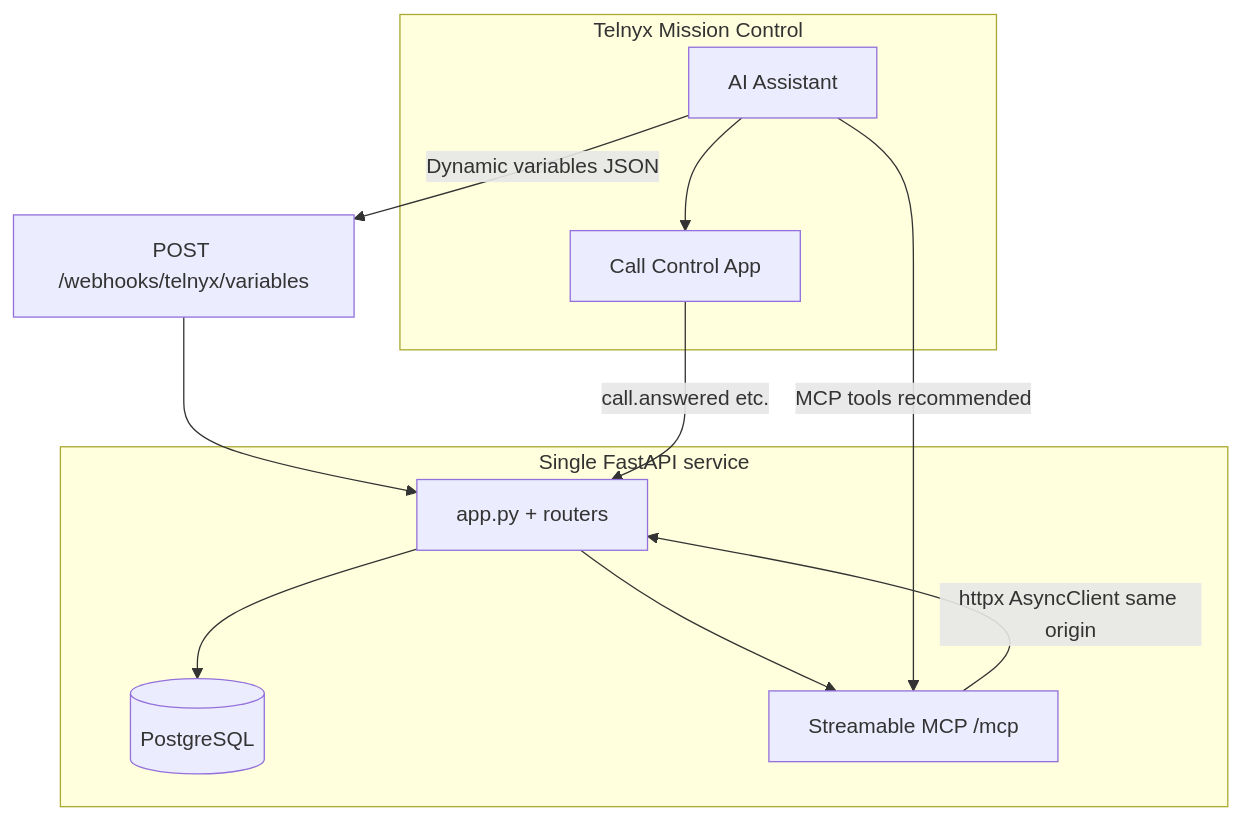
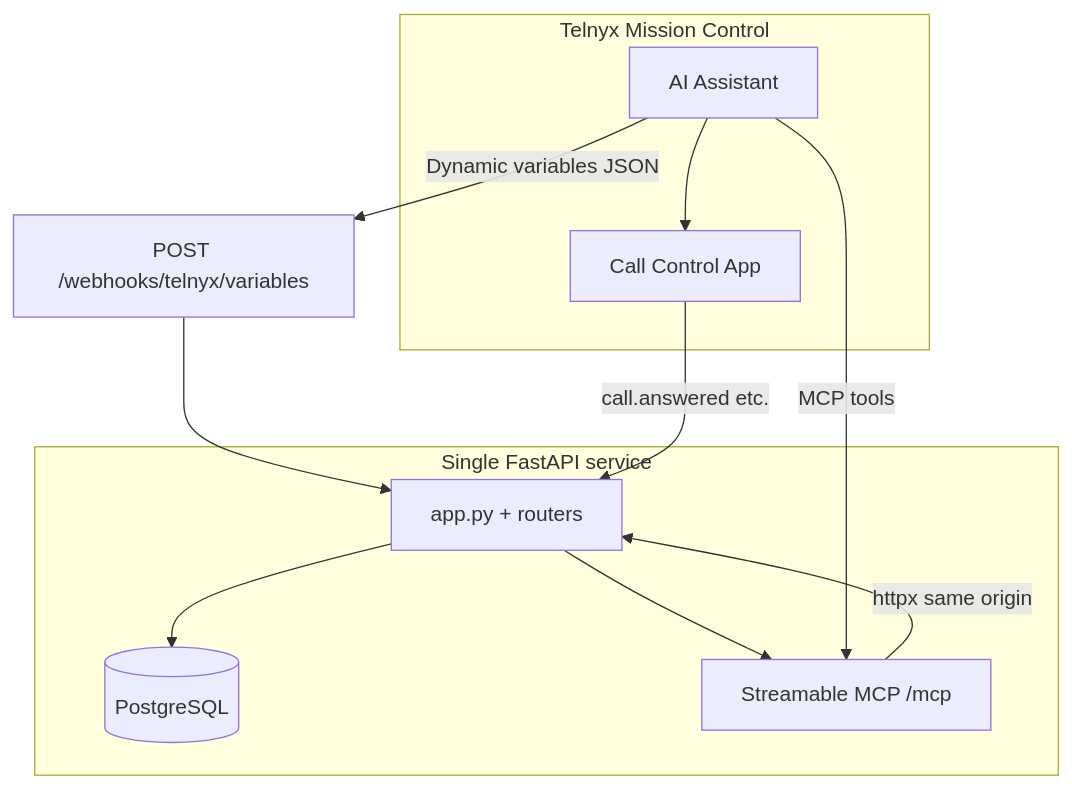
The diagram in README.md (hjleepapa/8-telnyx), drawn with Mermaid before and after one commit. The commit also changed other lines of this file, not shown here.

````diff
--- a/README.md
+++ b/README.md
@@ -33,22 +89,22 @@
 ```mermaid
 flowchart TB
   subgraph telnyx [Telnyx Mission Control]
     Assistant[AI Assistant]
     CC[Call Control App]
     Assistant --> CC
   end
 
   subgraph deploy [Single FastAPI service]
     App[app.py + routers]
     DB[(PostgreSQL)]
     MCPApp[Streamable MCP /mcp]
     App --> DB
     App --> MCPApp
   end
 
   Assistant -->|Dynamic variables JSON| Vars[POST /webhooks/telnyx/variables]
   Vars --> App
   CC -->|call.answered etc.| App
-  Assistant -->|MCP tools recommended| MCPApp
-  MCPApp -->|httpx AsyncClient same origin| App
+  Assistant -->|MCP tools| MCPApp
+  MCPApp -->|httpx same origin| App
 ```
````
